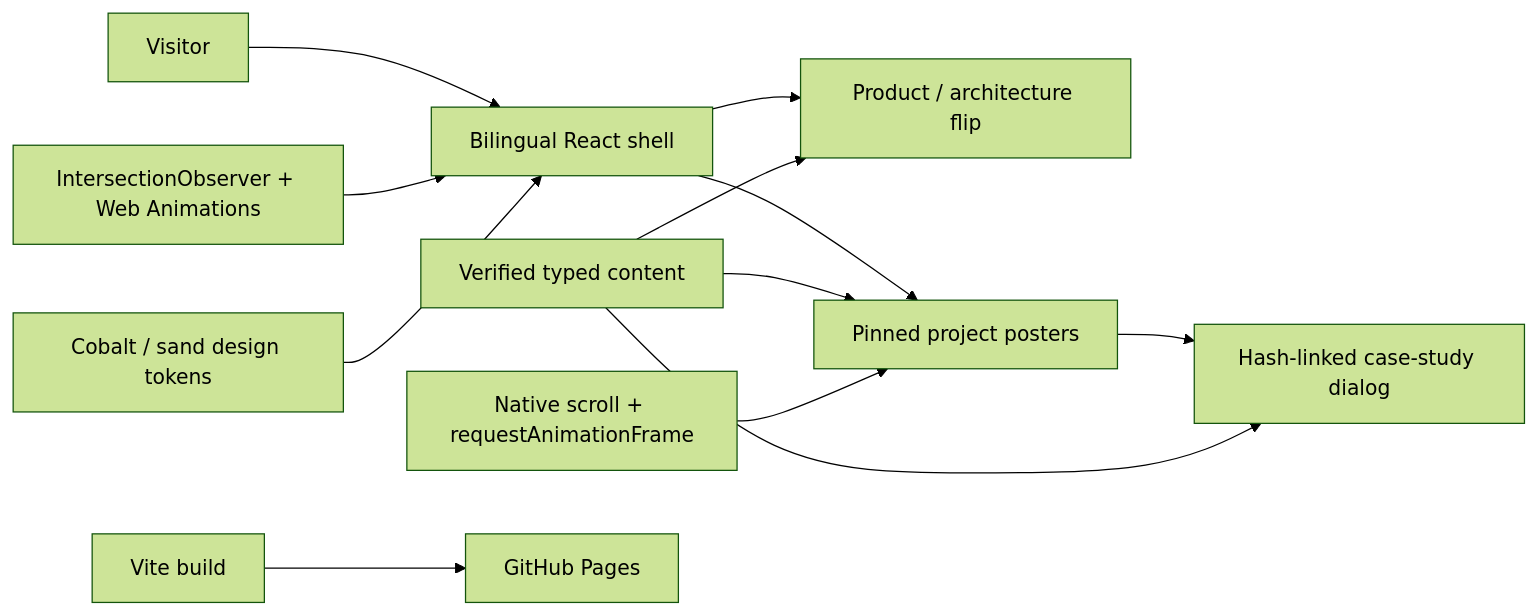
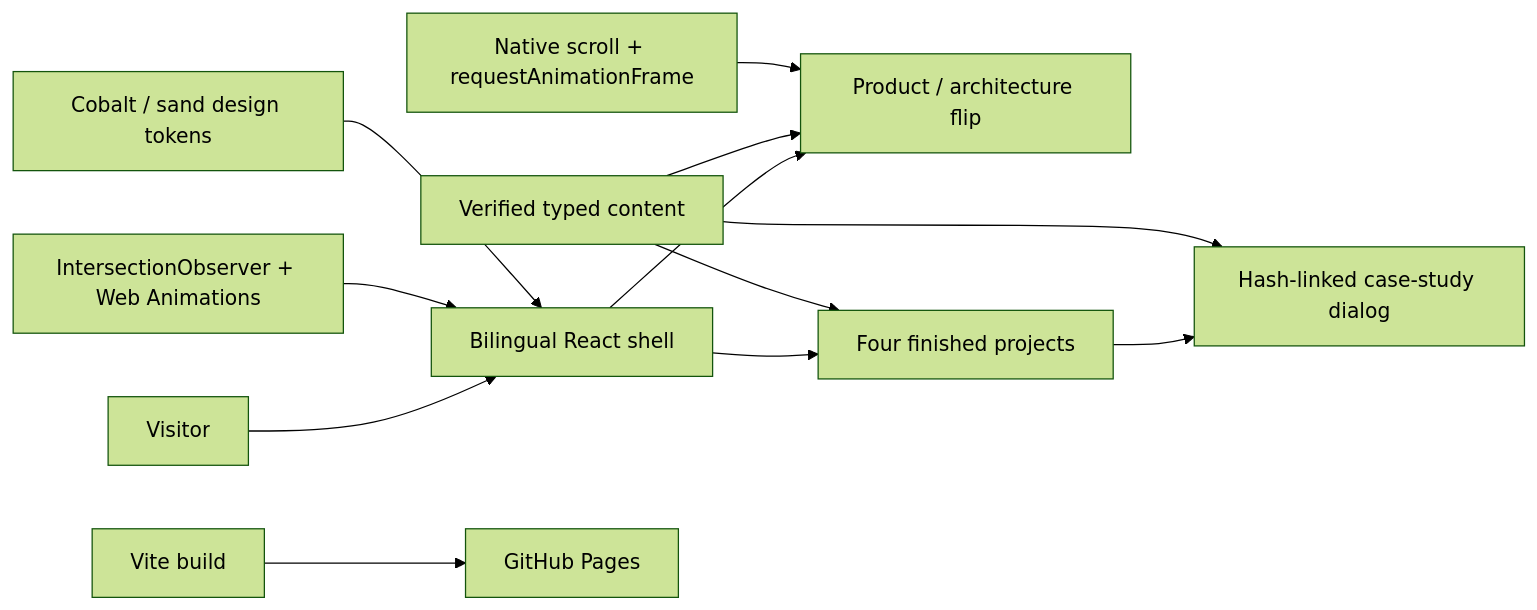
One commit to kevin0018/portfolio changed the diagram in README.md. Above: the diagram before and after it, drawn with Mermaid (forest theme). The commit also changed other lines of this file and 8 other files, not shown here.

````diff
--- a/README.md
+++ b/README.md
@@ -34,14 +34,14 @@
 ```mermaid
 flowchart LR
   visitor["Visitor"] --> app["Bilingual React shell"]
   app --> hero["Product / architecture flip"]
-  app --> work["Pinned project posters"]
+  app --> work["Four finished projects"]
   work --> cases["Hash-linked case-study dialog"]
   content["Verified typed content"] --> hero
   content --> work
   content --> cases
-  scroll["Native scroll + requestAnimationFrame"] --> work
+  scroll["Native scroll + requestAnimationFrame"] --> hero
   observer["IntersectionObserver + Web Animations"] --> app
   tokens["Cobalt / sand design tokens"] --> app
   vite["Vite build"] --> pages["GitHub Pages"]
 ```
````
